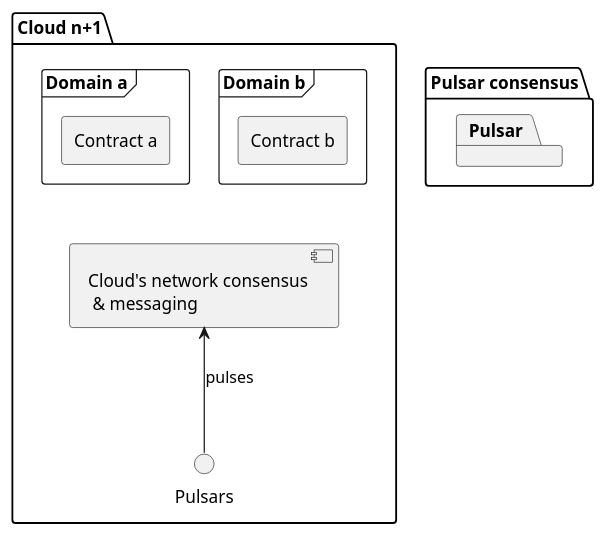
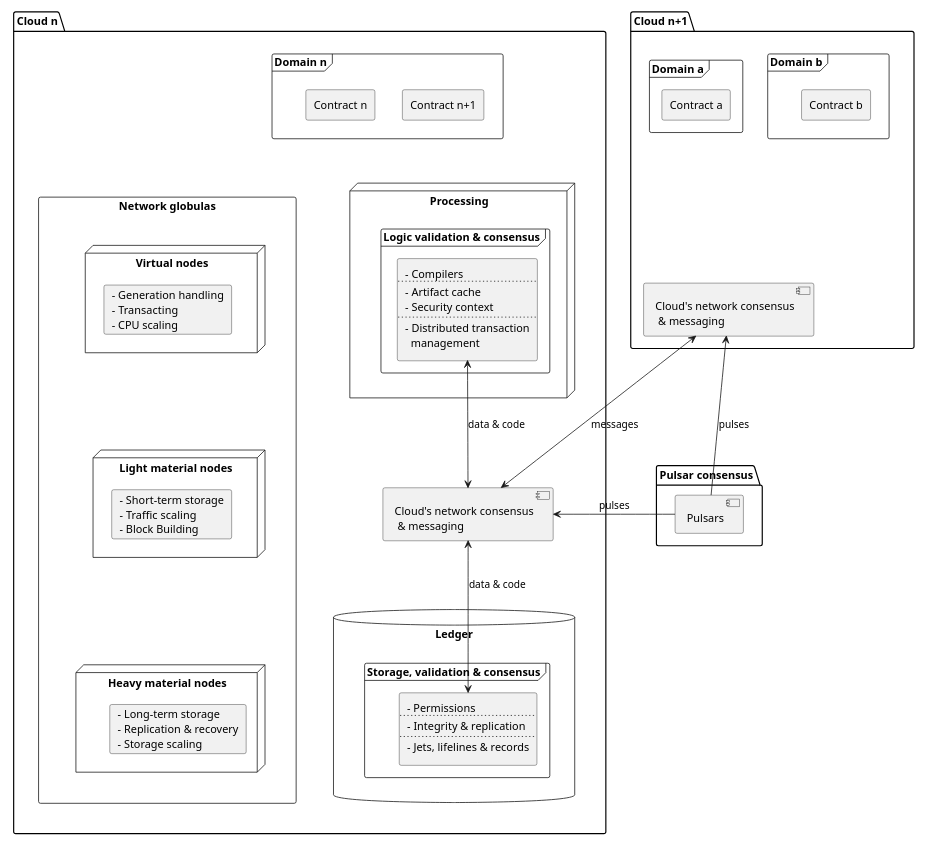
One commit to sofiayem/rtd-doc-tests changed the diagram in docs/source/architecture.rst. Above: the diagram before and after it, drawn with PlantUML.

Commit message:
check whole

```diff
--- a/docs/source/architecture.rst
+++ b/docs/source/architecture.rst
@@ -34,8 +34,10 @@
 .. uml::
+   
+   scale 750 width
    
    together {
      package "Pulsar consensus" as pcon [[../architecture.html#pulsar-consensus]] {
-       package "Pulsar" [[../architecture.html#pulsars]]
+       card [Pulsars] [[../architecture.html#pulsars]]
      }
      package "Cloud n+1" as cloudnext [[../architecture.html#fed-of-clouds]] {
        card [Cloud's network consensus\n & messaging] as nextnet [[../architecture.html#network-consensus]]
@@ -47,5 +49,78 @@
        }
        cntrctb -[hidden]d- nextnet
        cntrcta -[hidden]d- nextnet
-       Pulsars -u-> nextnet : pulses
+       [Pulsars] -u-> nextnet : pulses
      }
+   }
+   package "Cloud n" as cloudn [[../architecture.html#fed-of-clouds]] {
+       frame "Domain n" as domn [[../architecture.html#domains]] {
+         rectangle "Contract n+1" as cntrctnext [[../architecture.html#contracts]]
+         rectangle "Contract n" as cntrctne [[../architecture.html#contracts]]
+       }
+       rectangle "Network globulas" as globula [[../architecture.html#globulas]] {
+         node "Virtual nodes" as vn [[../architecture.html#virtual]] {
+             card vcard [
+               - Generation handling
+               - Transacting
+               - CPU scaling
+             ]
+         }
+         node "Light material nodes" as ln [[../architecture.html#light-material]] {
+             card lcard [
+               - Short-term storage
+               - Traffic scaling
+               - Block Building
+             ]
+         }
+         node "Heavy material nodes" as hn [[../architecture.html#heavy-material]] {
+             card hcard [
+               - Long-term storage
+               - Replication & recovery
+               - Storage scaling
+             ]
+         }
+      }
+      together {
+      card [Cloud's network consensus\n & messaging] as net [[../architecture.html#network-consensus]]
+      database "Ledger" as db [[../architecture.html#ledger]] {
+         frame "Storage, validation & consensus" [[../architecture.html#storage-consensus]] {
+         rectangle ldgr [
+           - Permissions
+           ....
+           - Integrity & replication
+           ....
+           - Jets, lifelines & records
+         ]
+         }
+      }
+      node "Processing" as process [[../architecture.html#execution-validation]] {
+         frame "Logic validation & consensus" [[../architecture.html#logic-consensus]] {
+         rectangle proc [
+           - Compilers
+           ....
+           - Artifact cache 
+           - Security context
+           ....
+           - Distributed transaction
+             management
+         ]
+         }
+      }
+      }
+      domn -[hidden]- globula
+      vcard -[hidden]d- lcard
+      lcard -[hidden]d- hcard
+      net -[hidden]d- process
+      proc <-d-> net : data & code
+      net <-d-> ldgr : data & code
+      net -[hidden]r- ln
+      db -[hidden]r- hn
+      process -[hidden]d- net
+      proc -[hidden]r- vn
+      [Pulsars] -r-> net: pulses
+      net <-> nextnet : messages
+      domb -[hidden]- net
+      domb -[hidden]r- domn
+      domb -[hidden]r- proc
+      domb -[hidden]r- net
+   }
```
